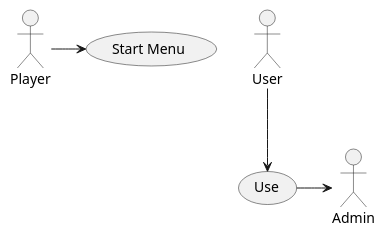
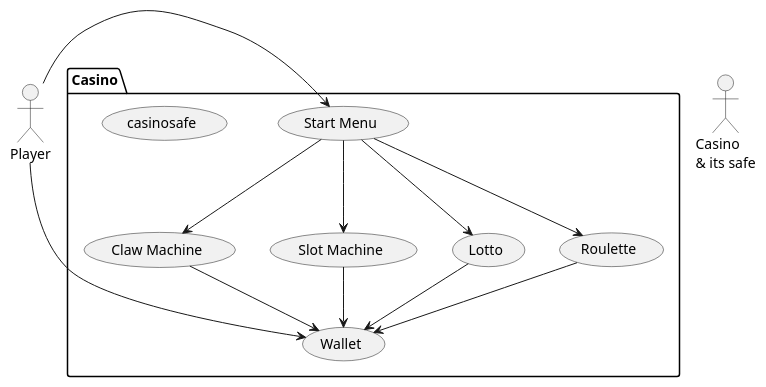
The diagram in Casino/src/be/intecbrussel/ervaringsweek1_casino/CasinoUseCases.puml (BramLab/Ervaringsweek1_Casino), drawn with PlantUML before and after one commit. The commit also changed 6 other files, not shown here.

```diff
--- a/Casino/src/be/intecbrussel/ervaringsweek1_casino/CasinoUseCases.puml
+++ b/Casino/src/be/intecbrussel/ervaringsweek1_casino/CasinoUseCases.puml
@@ -1,8 +1,28 @@
 @startuml
 'https://plantuml.com/use-case-diagram
 
-Player -> (Start Menu)
-User --> (Use)
-(Use) -> Admin
+actor Player as p
+actor "Casino \n& its safe" as c
 
+package Casino{
+    usecase Wallet as wallet
+    usecase casinosafe as safe
+    usecase "Start Menu" as menu
+    usecase "Claw Machine" as claw
+    usecase "Slot Machine" as slot
+    usecase "Lotto" as lotto
+    usecase "Roulette" as roulette
+
+}
+p -> wallet
+p -> menu
+menu --> claw
+menu --> slot
+menu --> lotto
+menu --> roulette
+
+claw --> wallet
+slot --> wallet
+lotto --> wallet
+roulette --> wallet
 @enduml
```
